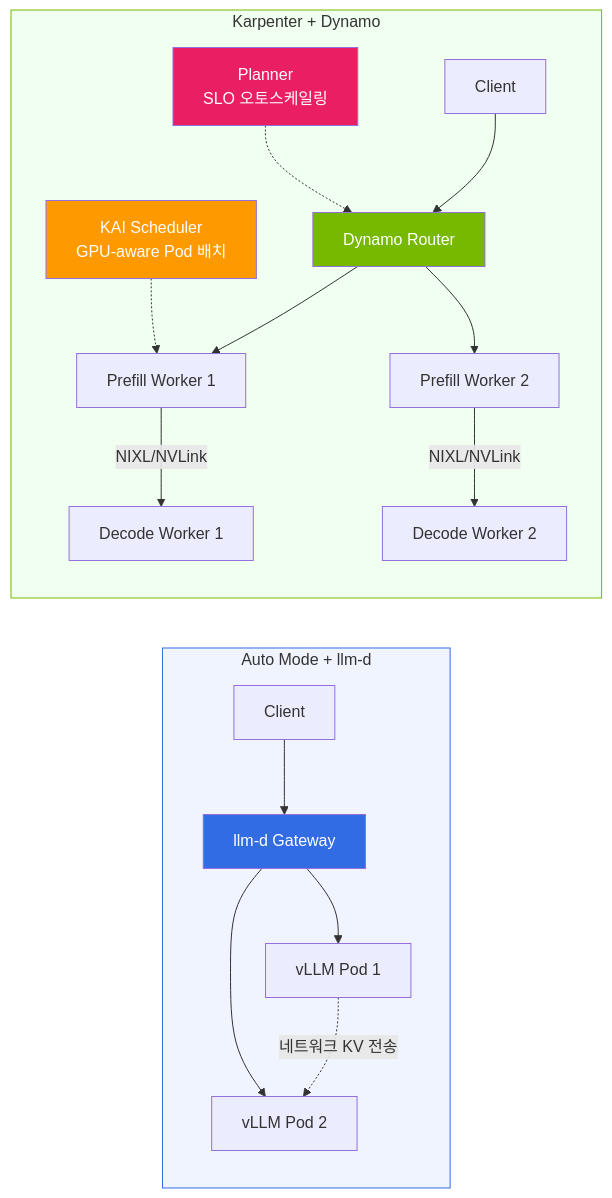
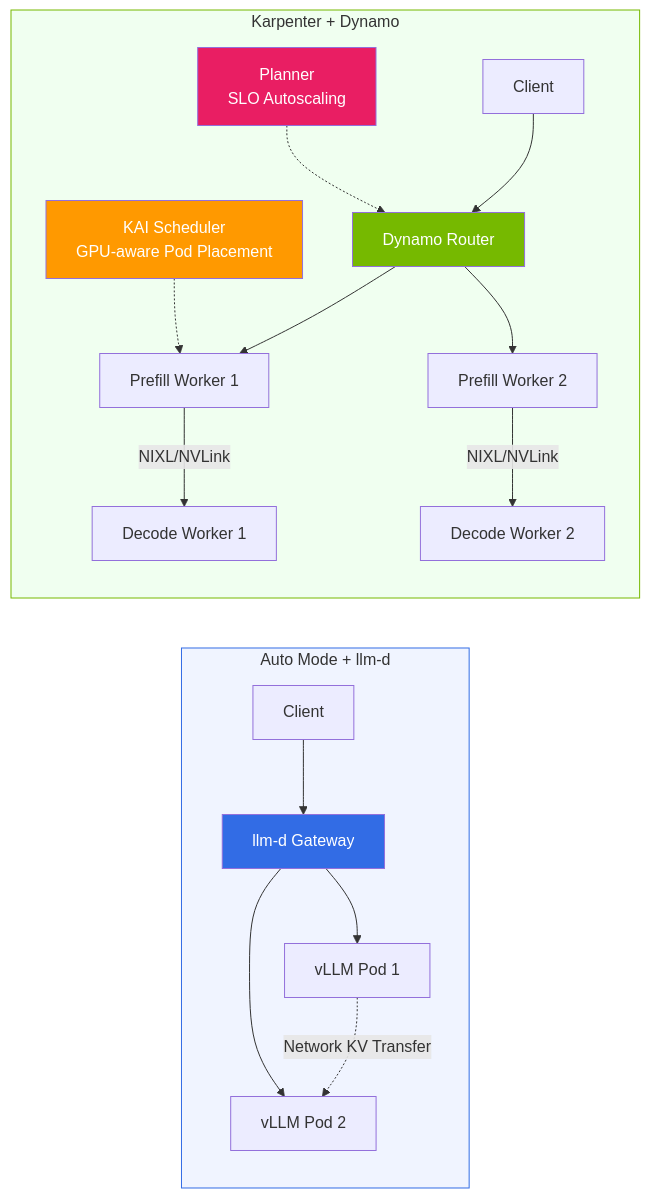
One commit to devfloor9/engineering-playbook changed the fourth of 4 diagrams in docs/agentic-ai-platform/model-serving/inference-frameworks/llm-d-eks-automode.md. Above: the diagram before and after it, drawn with Mermaid. The commit also changed other lines of this file and 954 other files, not shown here.

````diff
--- a/docs/agentic-ai-platform/model-serving/inference-frameworks/llm-d-eks-automode.md
+++ b/docs/agentic-ai-platform/model-serving/inference-frameworks/llm-d-eks-automode.md
@@ -337,28 +337,28 @@
 ```mermaid
 flowchart LR
     subgraph AutoMode["Auto Mode + llm-d"]
         direction TB
         C1[Client] --> GW1[llm-d Gateway]
         GW1 --> VP1[vLLM Pod 1]
         GW1 --> VP2[vLLM Pod 2]
-        VP1 -.->|네트워크 KV 전송| VP2
+        VP1 -.->|Network KV Transfer| VP2
     end
 
     subgraph KarpenterDynamo["Karpenter + Dynamo"]
         direction TB
         C2[Client] --> DR[Dynamo Router]
         DR --> PW1[Prefill Worker 1]
         DR --> PW2[Prefill Worker 2]
         PW1 -->|NIXL/NVLink| DW1[Decode Worker 1]
         PW2 -->|NIXL/NVLink| DW2[Decode Worker 2]
-        KAI[KAI Scheduler<br/>GPU-aware Pod 배치] -.-> PW1
-        PLAN[Planner<br/>SLO 오토스케일링] -.-> DR
+        KAI[KAI Scheduler<br/>GPU-aware Pod Placement] -.-> PW1
+        PLAN[Planner<br/>SLO Autoscaling] -.-> DR
     end
 
     style AutoMode fill:#f0f4ff,stroke:#326ce5
     style KarpenterDynamo fill:#f0fff0,stroke:#76b900
     style GW1 fill:#326ce5,color:#fff
     style DR fill:#76b900,color:#fff
     style KAI fill:#ff9900,color:#fff
     style PLAN fill:#e91e63,color:#fff
 ```
````
